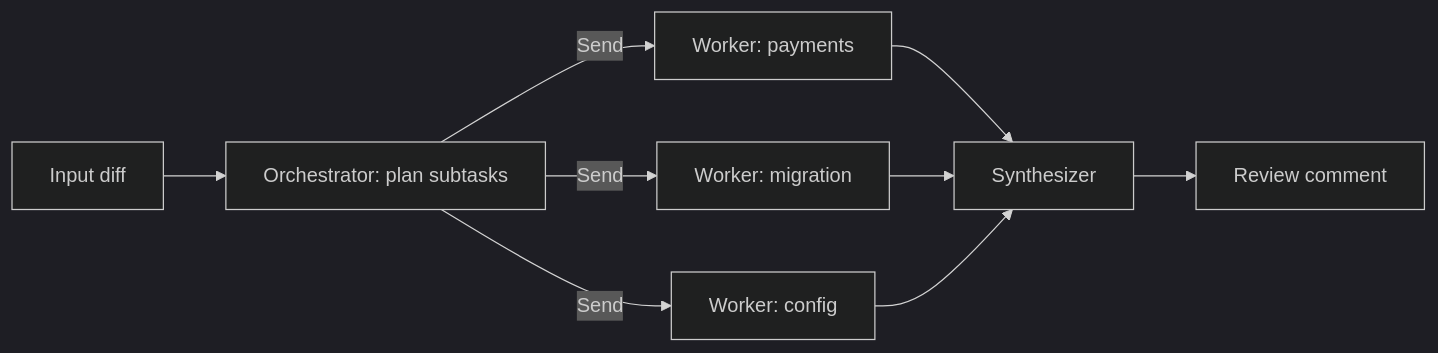
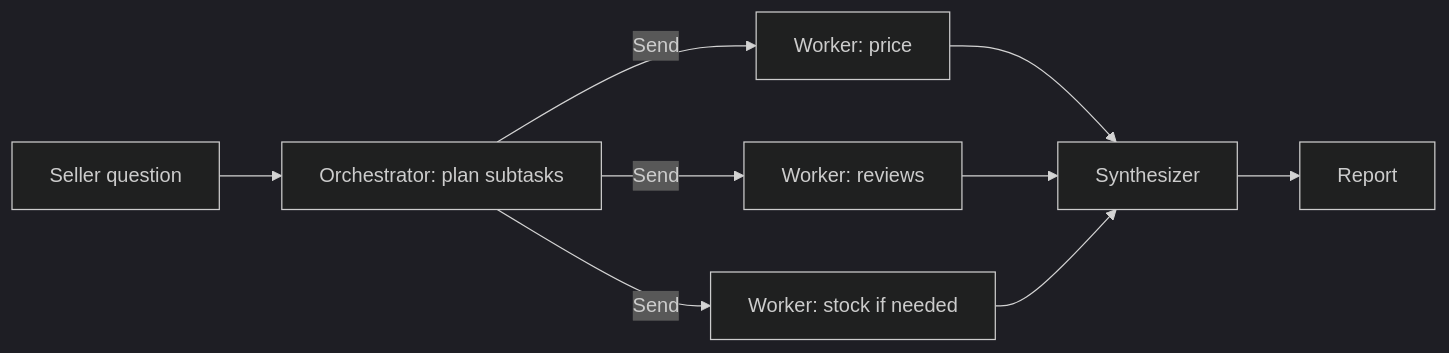
The sixth of 8 diagrams in content/11-agentic/03-workflow-patterns.md (flow6979/viewinter), drawn with Mermaid (dark theme) before and after one commit. The commit also changed other lines of this file and 26 other files, not shown here.

First line of the commit message:
Agentic AI: rewrite all 13 pages to explain from scratch; animate diagrams on every article

````diff
--- a/content/11-agentic/03-workflow-patterns.md
+++ b/content/11-agentic/03-workflow-patterns.md
@@ -271,11 +442,11 @@
 ```mermaid
 flowchart LR
-    I["Input diff"] --> O["Orchestrator: plan subtasks"]
-    O -- "Send" --> W1["Worker: payments"]
-    O -- "Send" --> W2["Worker: migration"]
-    O -- "Send" --> W3["Worker: config"]
+    I["Seller question"] --> O["Orchestrator: plan subtasks"]
+    O -->|Send| W1["Worker: price"]
+    O -->|Send| W2["Worker: reviews"]
+    O -->|Send| W3["Worker: stock if needed"]
     W1 --> SY["Synthesizer"]
     W2 --> SY
     W3 --> SY
-    SY --> E["Review comment"]
+    SY --> E["Report"]
 ```
````
